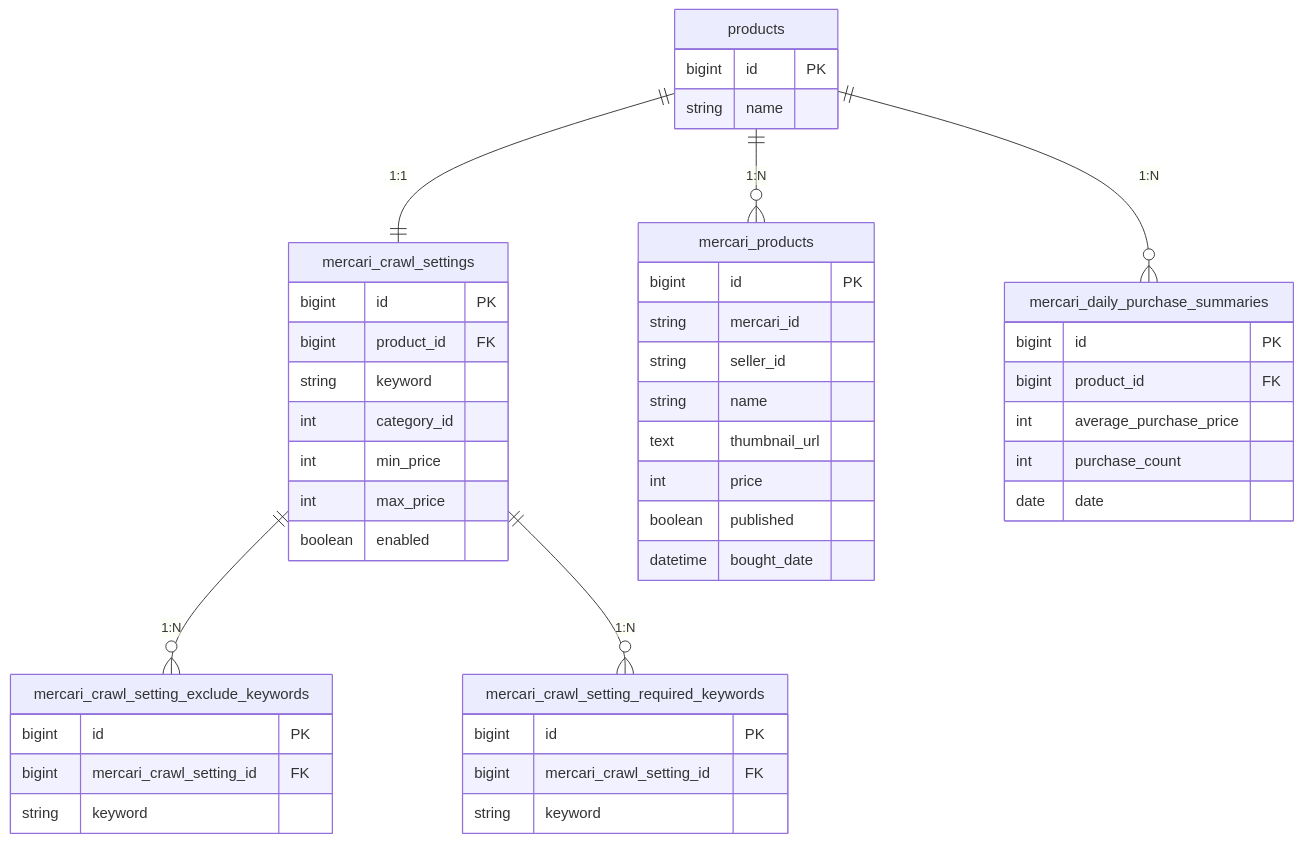
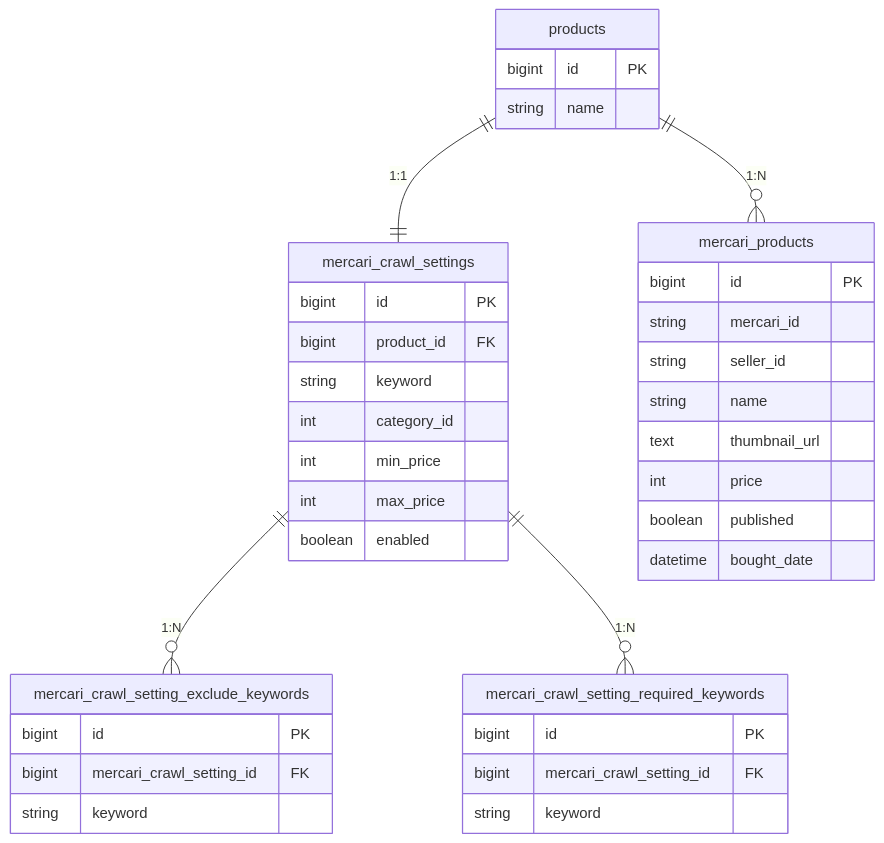
Before and after one commit to kuroweb/price-monitoring: the fourth of 9 diagrams in README.md, drawn with Mermaid. The commit also changed other lines of this file, not shown here.

````diff
--- a/README.md
+++ b/README.md
@@ -185,49 +172,41 @@
 ```mermaid
 erDiagram
   products {
     bigint id PK
     string name
   }
   mercari_crawl_settings {
     bigint id PK
     bigint product_id FK
     string keyword
     int category_id
     int min_price
     int max_price
     boolean enabled
   }
   mercari_crawl_setting_exclude_keywords {
     bigint id PK
     bigint mercari_crawl_setting_id FK
     string keyword
   }
   mercari_crawl_setting_required_keywords {
     bigint id PK
     bigint mercari_crawl_setting_id FK
     string keyword
   }
   mercari_products {
     bigint id PK
     string mercari_id
     string seller_id
     string name
     text thumbnail_url
     int price
     boolean published
     datetime bought_date
   }
-  mercari_daily_purchase_summaries {
-    bigint id PK
-    bigint product_id FK
-    int average_purchase_price
-    int purchase_count
-    date date
-  }
 
   products ||--|| mercari_crawl_settings : "1:1"
   mercari_crawl_settings ||--o{ mercari_crawl_setting_exclude_keywords : "1:N"
   mercari_crawl_settings ||--o{ mercari_crawl_setting_required_keywords : "1:N"
   products ||--o{ mercari_products : "1:N"
-  products ||--o{ mercari_daily_purchase_summaries : "1:N"
 ```
````
